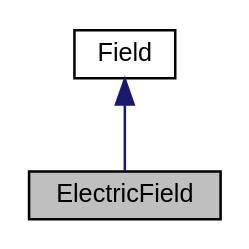
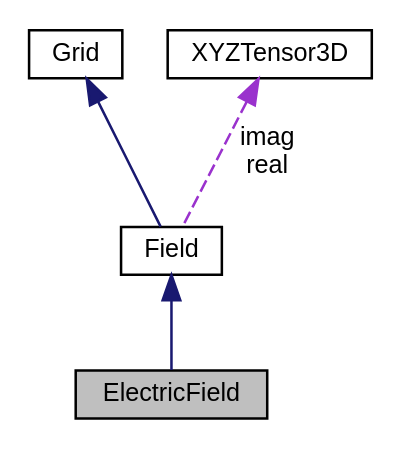
The diagram in classElectricField__coll__graph.dot (UCL/TDMS), drawn with Graphviz before and after one commit. The commit also changed 386 other files, not shown here.

```diff
--- a/classElectricField__coll__graph.dot
+++ b/classElectricField__coll__graph.dot
@@ -1,9 +1,13 @@
 digraph "ElectricField"
 {
  // LATEX_PDF_SIZE
   edge [fontname="Helvetica",fontsize="10",labelfontname="Helvetica",labelfontsize="10"];
   node [fontname="Helvetica",fontsize="10",shape=record];
   Node1 [label="ElectricField",height=0.2,width=0.4,color="black", fillcolor="grey75", style="filled", fontcolor="black",tooltip=" "];
   Node2 -> Node1 [dir="back",color="midnightblue",fontsize="10",style="solid",fontname="Helvetica"];
   Node2 [label="Field",height=0.2,width=0.4,color="black", fillcolor="white", style="filled",URL="$classField.html",tooltip=" "];
+  Node3 -> Node2 [dir="back",color="midnightblue",fontsize="10",style="solid",fontname="Helvetica"];
+  Node3 [label="Grid",height=0.2,width=0.4,color="black", fillcolor="white", style="filled",URL="$classGrid.html",tooltip=" "];
+  Node4 -> Node2 [dir="back",color="darkorchid3",fontsize="10",style="dashed",label=" imag\nreal" ,fontname="Helvetica"];
+  Node4 [label="XYZTensor3D",height=0.2,width=0.4,color="black", fillcolor="white", style="filled",URL="$classXYZTensor3D.html",tooltip=" "];
 }
```
